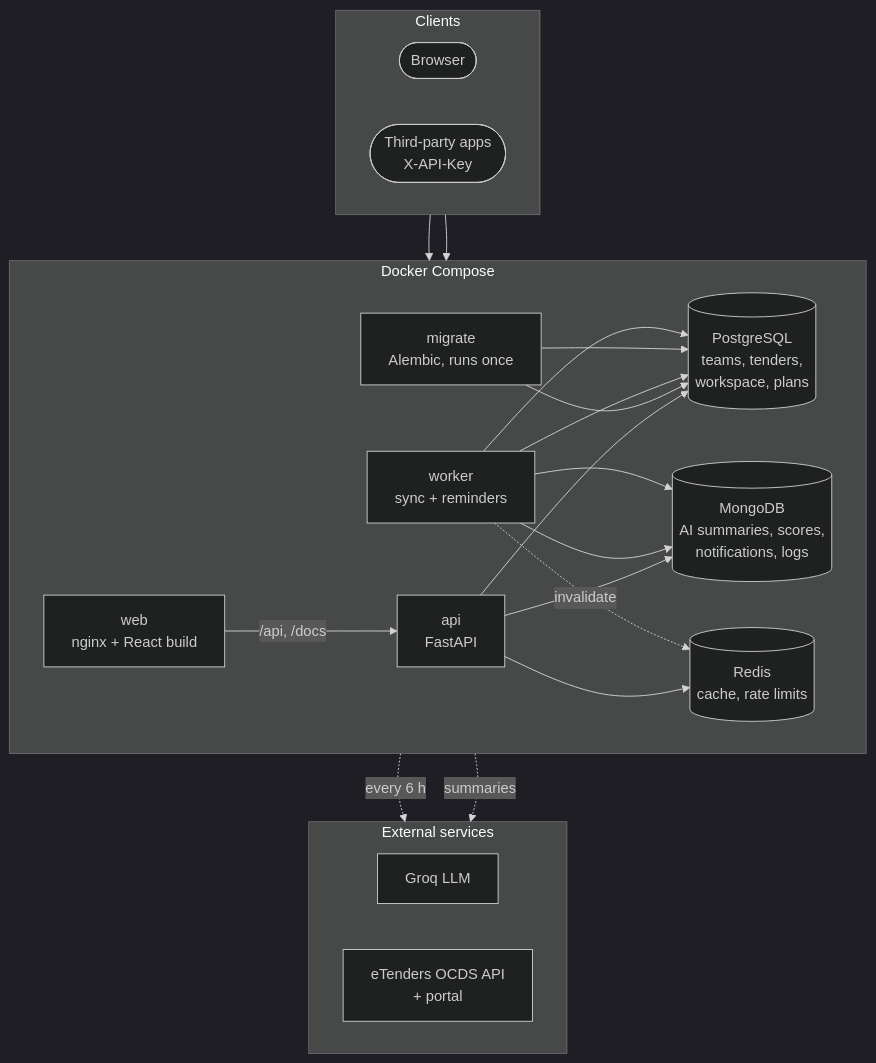
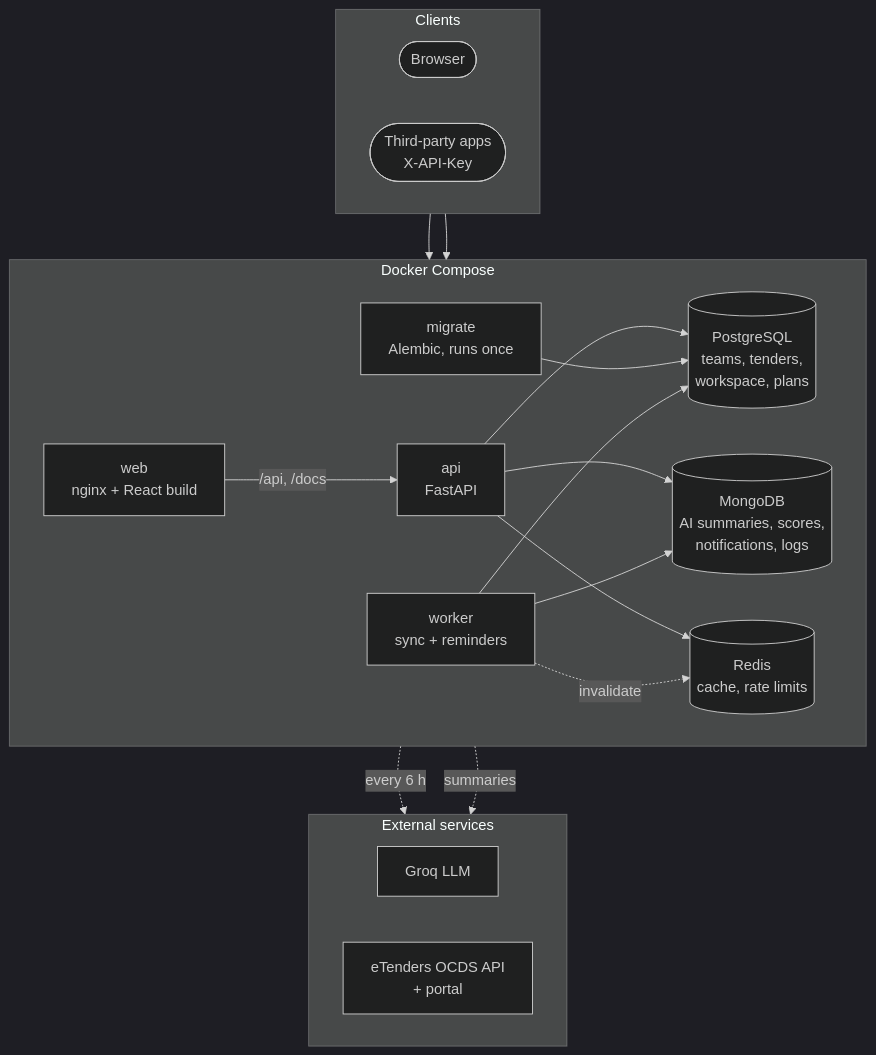
Before and after one commit to TeekayVuyisile/etender_system: the diagram in README.md, drawn with Mermaid (dark theme). The commit also changed other lines of this file, not shown here.

Commit message:
docs: remove duplicated README lines (#21)

````diff
--- a/README.md
+++ b/README.md
@@ -62,41 +62,38 @@
 ```mermaid
 flowchart TB
     subgraph clients ["Clients"]
         direction LR
         browser(["Browser"])
         apps(["Third-party apps<br/>X-API-Key"])
     end
 
     subgraph compose ["Docker Compose"]
         direction LR
         web["web<br/>nginx + React build"]
         api["api<br/>FastAPI"]
         worker["worker<br/>sync + reminders"]
         migrate["migrate<br/>Alembic, runs once"]
         pg[("PostgreSQL<br/>teams, tenders,<br/>workspace, plans")]
         mongo[("MongoDB<br/>AI summaries, scores,<br/>notifications, logs")]
         redis[("Redis<br/>cache, rate limits")]
     end
 
     subgraph external ["External services"]
         direction LR
         groq["Groq LLM"]
         etenders["eTenders OCDS API<br/>+ portal"]
     end
 
     browser --> web
     apps --> web
     web -- "/api, /docs" --> api
     api --> pg
     api --> mongo
     api --> redis
     migrate --> pg
     worker --> pg
     worker --> mongo
     worker -. "invalidate" .-> redis
-    migrate --> pg
-    worker --> pg
-    worker --> mongo
     worker -. "every 6 h" .-> etenders
     api -. "summaries" .-> groq
 ```
````
